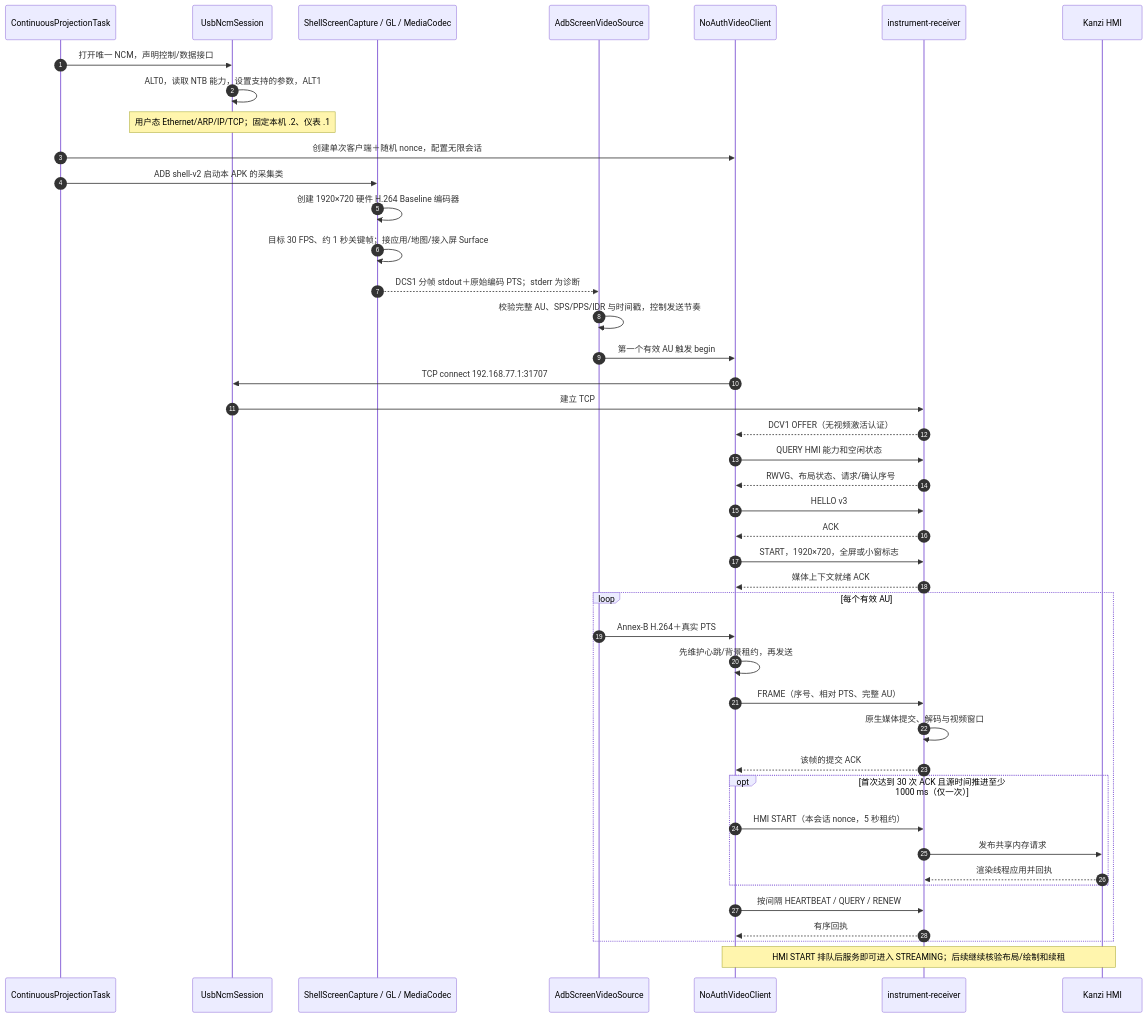
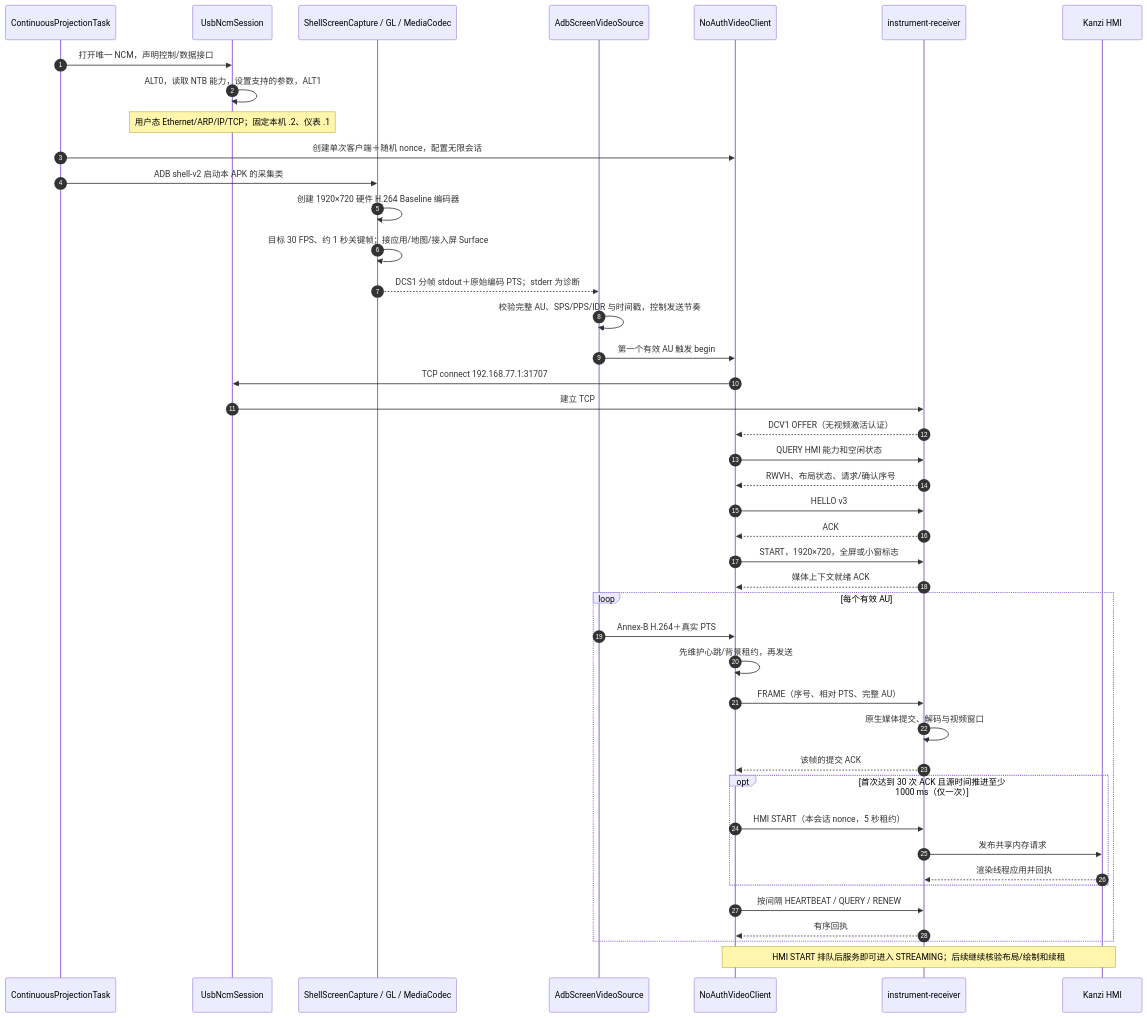
The tenth of 15 diagrams in docs/SEQUENCE.md (code-new-bie/byd-dashcast), drawn with Mermaid before and after one commit. The commit also changed other lines of this file and 18 other files, not shown here.

````diff
--- a/docs/SEQUENCE.md
+++ b/docs/SEQUENCE.md
@@ -400,45 +400,45 @@
 ```mermaid
 sequenceDiagram
     autonumber
     participant T as ContinuousProjectionTask
     participant N as UsbNcmSession
     participant H as ShellScreenCapture / GL / MediaCodec
     participant F as AdbScreenVideoSource
     participant C as NoAuthVideoClient
     participant R as instrument-receiver
     participant K as Kanzi HMI
     T->>N: 打开唯一 NCM，声明控制/数据接口
     N->>N: ALT0，读取 NTB 能力，设置支持的参数，ALT1
     Note over N: 用户态 Ethernet/ARP/IP/TCP；固定本机 .2、仪表 .1
     T->>C: 创建单次客户端＋随机 nonce，配置无限会话
     T->>H: ADB shell-v2 启动本 APK 的采集类
     H->>H: 创建 1920×720 硬件 H.264 Baseline 编码器
     H->>H: 目标 30 FPS、约 1 秒关键帧；接应用/地图/接入屏 Surface
     H-->>F: DCS1 分帧 stdout＋原始编码 PTS；stderr 为诊断
     F->>F: 校验完整 AU、SPS/PPS/IDR 与时间戳，控制发送节奏
     F->>C: 第一个有效 AU 触发 begin
     C->>N: TCP connect 192.168.77.1:31707
     N->>R: 建立 TCP
     R-->>C: DCV1 OFFER（无视频激活认证）
     C->>R: QUERY HMI 能力和空闲状态
-    R-->>C: RWVG、布局状态、请求/确认序号
+    R-->>C: RWVH、布局状态、请求/确认序号
     C->>R: HELLO v3
     R-->>C: ACK
     C->>R: START，1920×720，全屏或小窗标志
     R-->>C: 媒体上下文就绪 ACK
     loop 每个有效 AU
         F->>C: Annex-B H.264＋真实 PTS
         C->>C: 先维护心跳/背景租约，再发送
         C->>R: FRAME（序号、相对 PTS、完整 AU）
         R->>R: 原生媒体提交、解码与视频窗口
         R-->>C: 该帧的提交 ACK
         opt 首次达到 30 次 ACK 且源时间推进至少 1000 ms（仅一次）
             C->>R: HMI START（本会话 nonce，5 秒租约）
             R->>K: 发布共享内存请求
             K-->>R: 渲染线程应用并回执
         end
         C->>R: 按间隔 HEARTBEAT / QUERY / RENEW
         R-->>C: 有序回执
     end
     Note over C,K: HMI START 排队后服务即可进入 STREAMING；后续继续核验布局/绘制和续租
 ```
````
